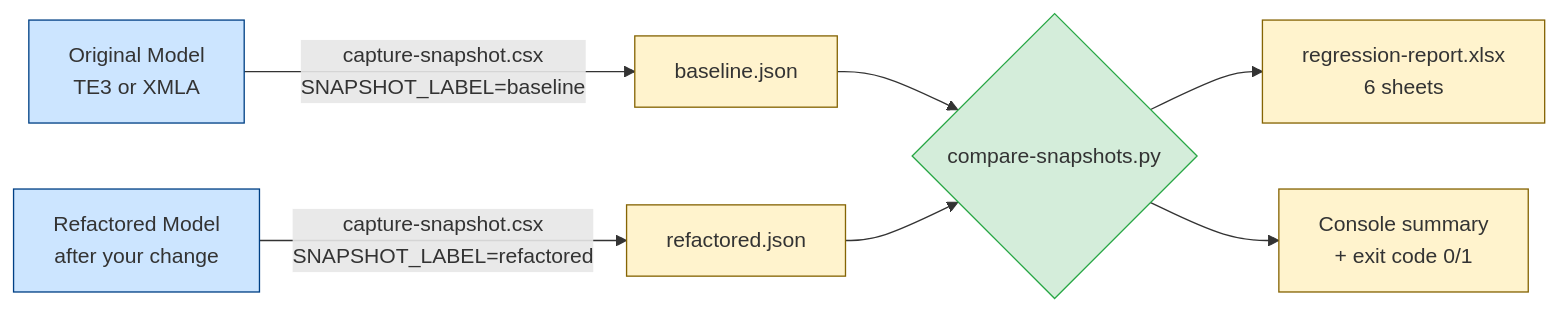
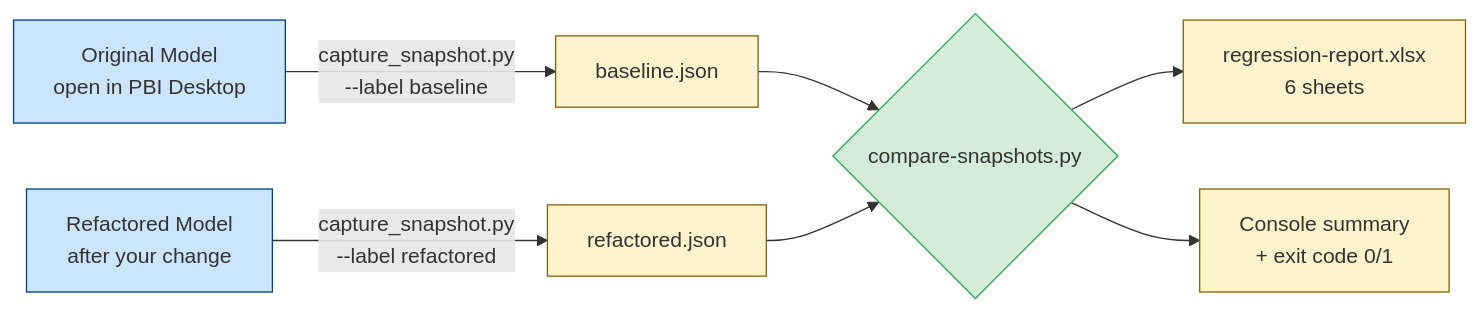
One commit to David-E-Kay/power-bi-assistant changed the second of 4 diagrams in docs/guides/regression-testing-developer-guide.md. Above: the diagram before and after it, drawn with Mermaid. The commit also changed other lines of this file and 46 other files, not shown here.

````diff
--- a/docs/guides/regression-testing-developer-guide.md
+++ b/docs/guides/regression-testing-developer-guide.md
@@ -106,16 +109,16 @@
 ```mermaid
 flowchart LR
-    M1[Original Model<br/>TE3 or XMLA] -->|capture-snapshot.csx<br/>SNAPSHOT_LABEL=baseline| B[baseline.json]
-    M2[Refactored Model<br/>after your change] -->|capture-snapshot.csx<br/>SNAPSHOT_LABEL=refactored| R[refactored.json]
+    M1[Original Model<br/>open in PBI Desktop] -->|capture_snapshot.py<br/>--label baseline| B[baseline.json]
+    M2[Refactored Model<br/>after your change] -->|capture_snapshot.py<br/>--label refactored| R[refactored.json]
     B --> C{compare-snapshots.py}
     R --> C
     C --> X[regression-report.xlsx<br/>6 sheets]
     C --> S[Console summary<br/>+ exit code 0/1]
 
     classDef model fill:#cce5ff,stroke:#004085
     classDef artifact fill:#fff3cd,stroke:#856404
     classDef tool fill:#d4edda,stroke:#28a745
     class M1,M2 model
     class B,R,X,S artifact
     class C tool
 ```
````
